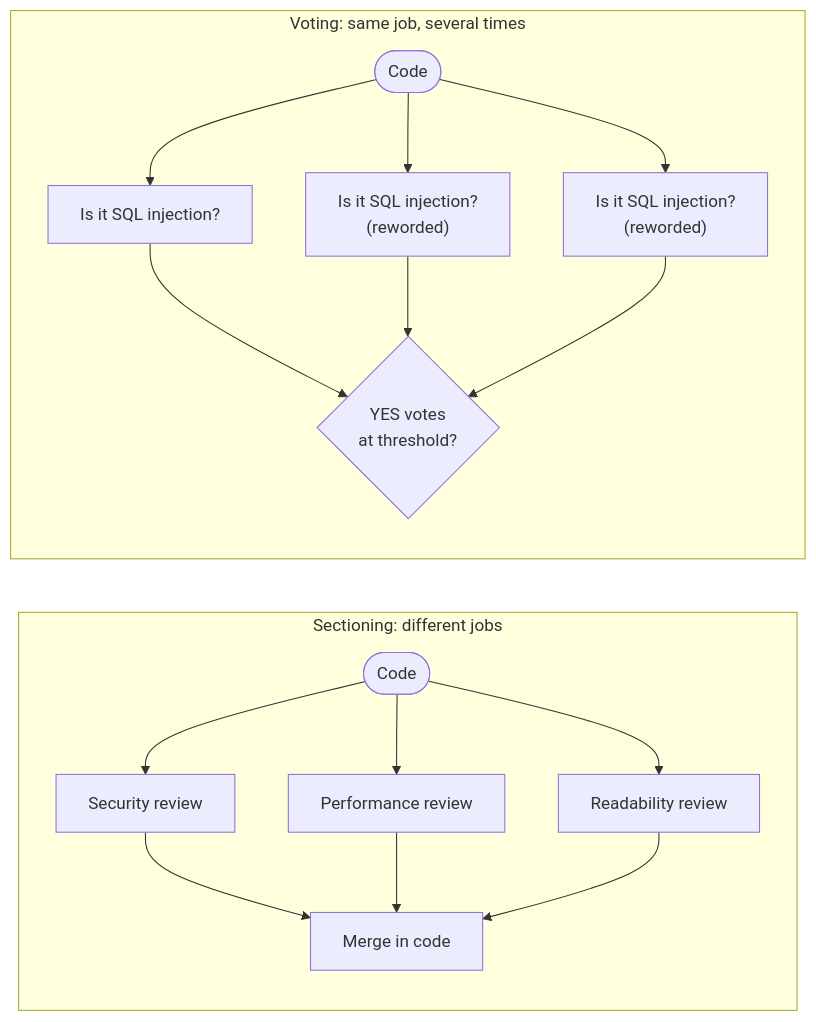
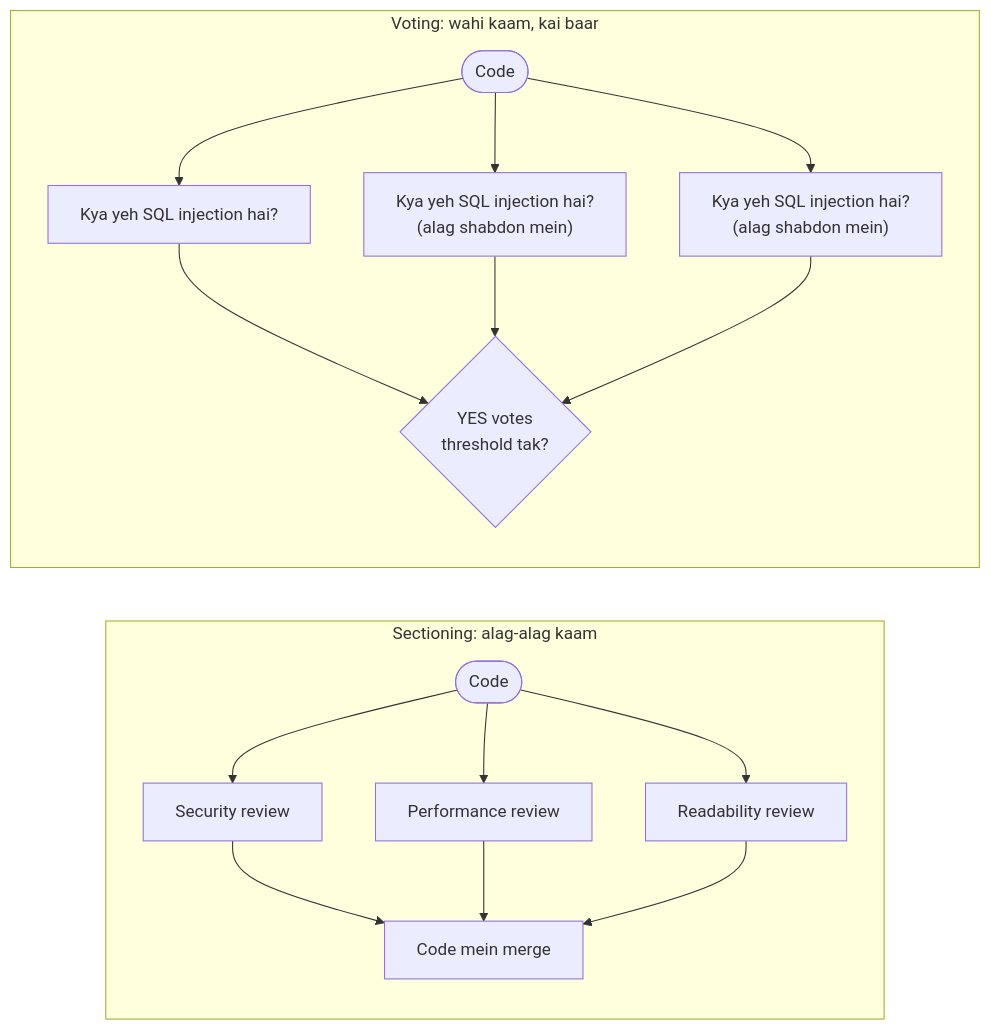
Before and after one commit to asmustechno/agentic-ai-notes: the diagram in docs/09-agent-design-patterns/09.3-parallelisation.md, drawn with Mermaid. The commit also changed other lines of this file and 135 other files, not shown here.

````diff
--- a/docs/09-agent-design-patterns/09.3-parallelisation.md
+++ b/docs/09-agent-design-patterns/09.3-parallelisation.md
@@ -45,15 +45,15 @@
 ```mermaid
 flowchart LR
-    subgraph SEC["Sectioning: different jobs"]
+    subgraph SEC["Sectioning: alag-alag kaam"]
         C1([Code]) --> A1["Security review"]
         C1 --> A2["Performance review"]
         C1 --> A3["Readability review"]
-        A1 & A2 & A3 --> M1["Merge in code"]
+        A1 & A2 & A3 --> M1["Code mein merge"]
     end
-    subgraph VOTE["Voting: same job, several times"]
-        C2([Code]) --> V1["Is it SQL injection?"]
-        C2 --> V2["Is it SQL injection?<br/>(reworded)"]
-        C2 --> V3["Is it SQL injection?<br/>(reworded)"]
-        V1 & V2 & V3 --> M2{"YES votes<br/>at threshold?"}
+    subgraph VOTE["Voting: wahi kaam, kai baar"]
+        C2([Code]) --> V1["Kya yeh SQL injection hai?"]
+        C2 --> V2["Kya yeh SQL injection hai?<br/>(alag shabdon mein)"]
+        C2 --> V3["Kya yeh SQL injection hai?<br/>(alag shabdon mein)"]
+        V1 & V2 & V3 --> M2{"YES votes<br/>threshold tak?"}
     end
 ```
````
